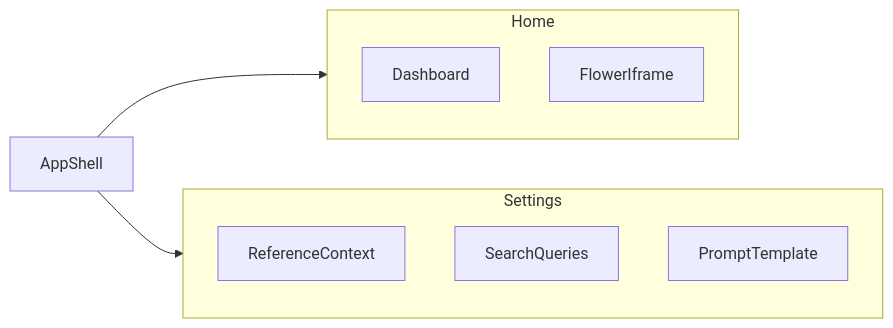
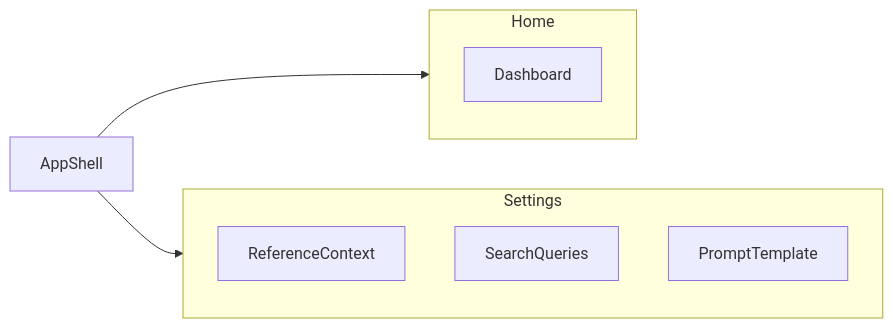
One commit to joposcragent/specifications changed the diagram in front/README.md. Above: the diagram before and after it, drawn with Mermaid. The commit also changed other lines of this file and 9 other files, not shown here.

````diff
--- a/front/README.md
+++ b/front/README.md
@@ -28,14 +26,13 @@
 ```mermaid
 flowchart LR
   subgraph home [Home]
     dash[Dashboard]
-    orch[FlowerIframe]
   end
   subgraph settings [Settings]
     ref[ReferenceContext]
     sq[SearchQueries]
     pt[PromptTemplate]
   end
   shell[AppShell] --> home
   shell --> settings
 ```
````
